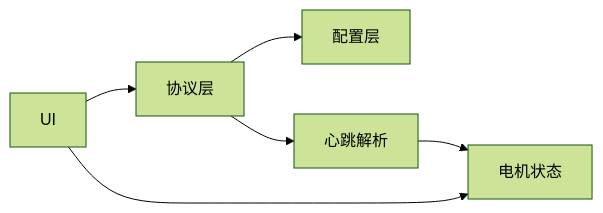
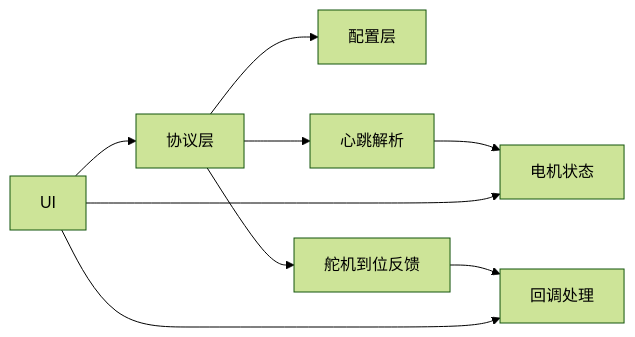
One commit to yangreest/Zero-value-Insulator-Robot-V2 changed the sixth of 6 diagrams in .qoder/repowiki/zh/content/功能特性/设备控制功能/电机控制.md. Above: the diagram before and after it, drawn with Mermaid (forest theme). The commit also changed other lines of this file and 3 other files, not shown here.

````diff
--- a/.qoder/repowiki/zh/content/功能特性/设备控制功能/电机控制.md
+++ b/.qoder/repowiki/zh/content/功能特性/设备控制功能/电机控制.md
@@ -196,8 +264,11 @@
 ```mermaid
 graph LR
 UI["UI"] --> P["协议层"]
 P --> CFG["配置层"]
 P --> HB["心跳解析"]
+P --> SF["舵机到位反馈"]
 HB --> ST["电机状态"]
+SF --> CB["回调处理"]
 UI --> ST
+UI --> CB
 ```
````
